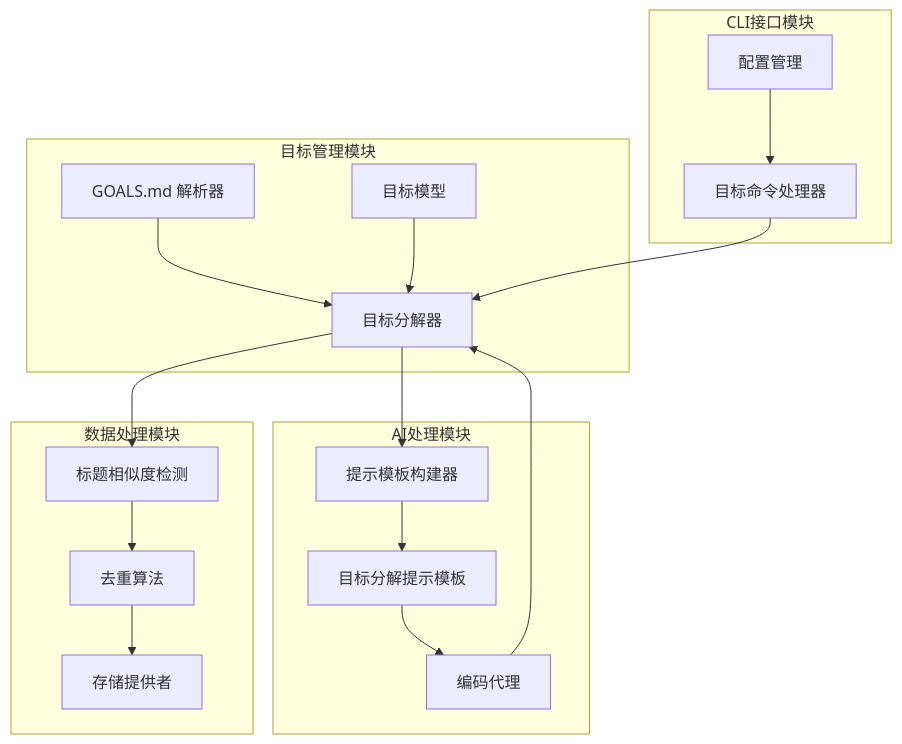
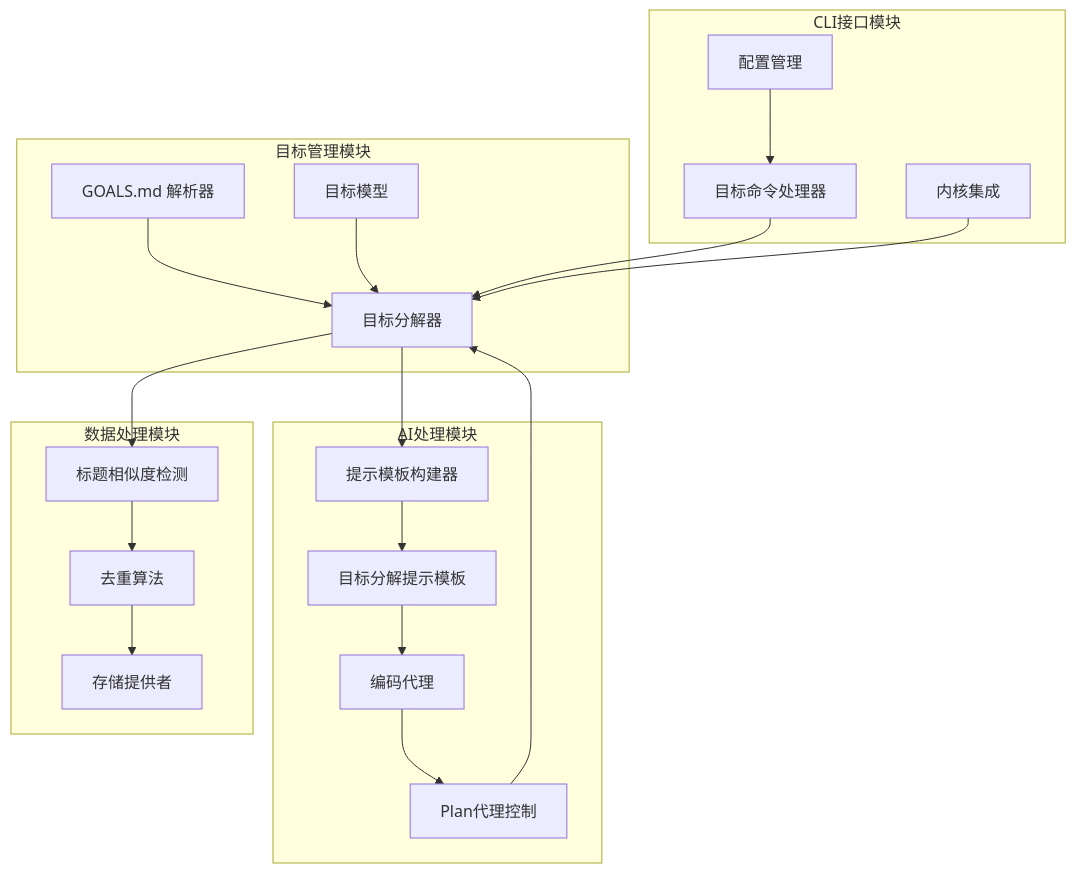
The first of 8 diagrams in .qoder/repowiki/zh/content/技术实现参考/自动目标分解功能.md (pinsonchen/vivify), drawn with Mermaid before and after one commit. The commit also changed other lines of this file and 9 other files, not shown here.

````diff
--- a/.qoder/repowiki/zh/content/技术实现参考/自动目标分解功能.md
+++ b/.qoder/repowiki/zh/content/技术实现参考/自动目标分解功能.md
@@ -41,33 +50,37 @@
 ```mermaid
 graph TB
 subgraph "目标管理模块"
 A[GOALS.md 解析器]
 B[目标模型]
 C[目标分解器]
 end
 subgraph "AI处理模块"
 D[提示模板构建器]
 E[目标分解提示模板]
 F[编码代理]
+G[Plan代理控制]
 end
 subgraph "数据处理模块"
-G[标题相似度检测]
-H[去重算法]
-I[存储提供者]
+H[标题相似度检测]
+I[去重算法]
+J[存储提供者]
 end
 subgraph "CLI接口模块"
-J[目标命令处理器]
-K[配置管理]
+K[目标命令处理器]
+L[配置管理]
+M[内核集成]
 end
 A --> C
 B --> C
 C --> D
 D --> E
 E --> F
-F --> C
-C --> G
-G --> H
+F --> G
+G --> C
+C --> H
 H --> I
-J --> C
-K --> J
+I --> J
+K --> C
+L --> K
+M --> C
 ```
````
